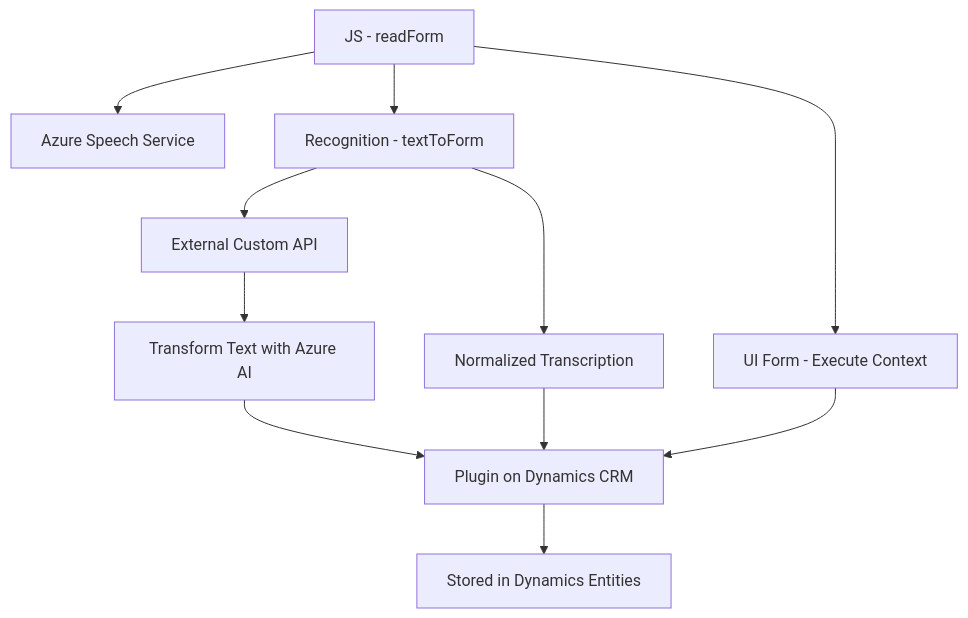
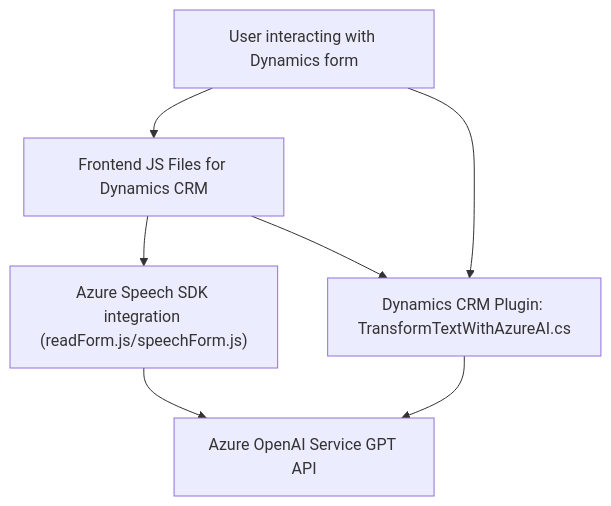
One commit to blopezdm/NETCORE_BILBAO2025 changed the diagram in README.md. Above: the diagram before and after it, drawn with Mermaid. The commit also changed other lines of this file, not shown here.

````diff
--- a/README.md
+++ b/README.md
@@ -39,13 +40,15 @@
 ```mermaid
 graph TD
-    A["JS - readForm"] --> B["Azure Speech Service"]
-    A --> C["Recognition - textToForm"]
-    A --> D["UI Form - Execute Context"]
-    C --> E["Normalized Transcription"]
-    C --> F["External Custom API"]
-    F --> G["Transform Text with Azure AI"]
-    G --> H["Plugin on Dynamics CRM"]
-    E --> H
-    D --> H
-    H --> I["Stored in Dynamics Entities"]
+    A["Dynamics CRM Plugin: TransformTextWithAzureAI.cs"]
+    B["Azure OpenAI Service GPT API"]
+    C["Azure Speech SDK integration (readForm.js/speechForm.js)"]
+    D["Frontend JS Files for Dynamics CRM"]
+    E["User interacting with Dynamics form"]
+
+    E --> D
+    D --> C
+    C --> B
+    E --> A
+    A --> B
+    D --> A
 ```
````
